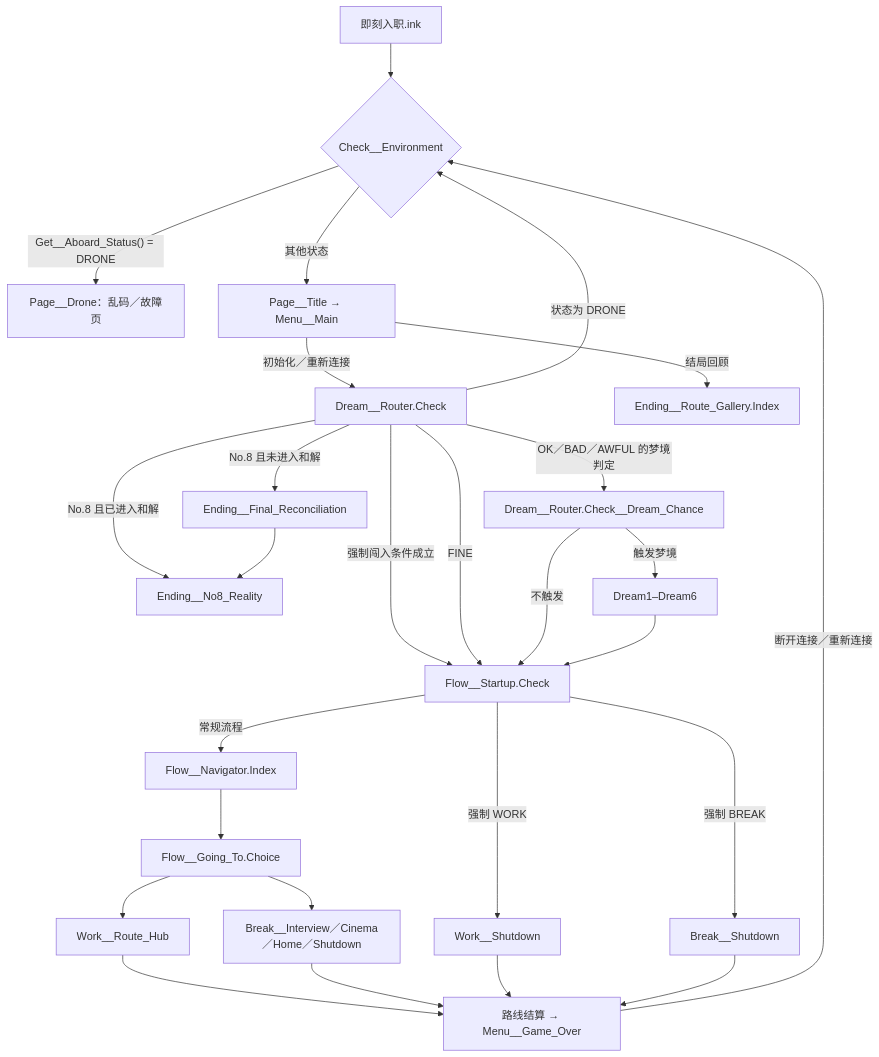
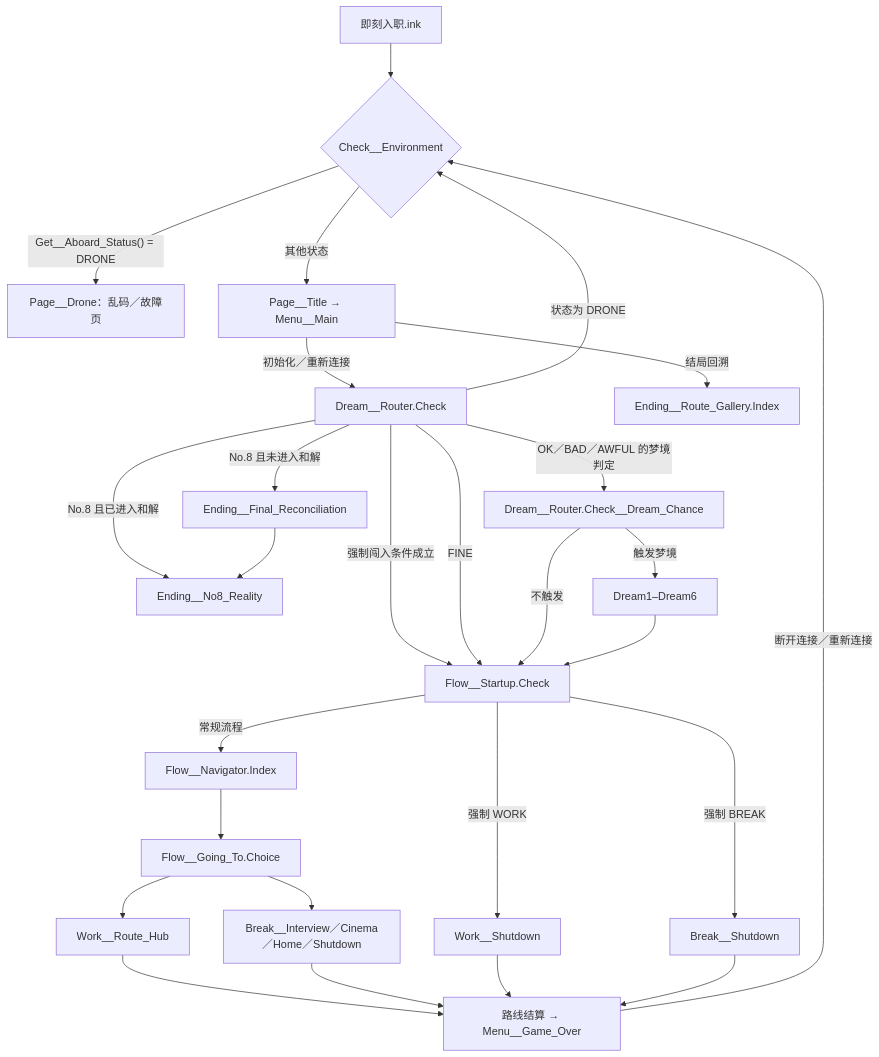
The diagram in Ink Projects/即刻入职/__Docs/STORY_FLOW.md (Project-Kurokawa-Logistics/kurokawa-logistics), drawn with Mermaid before and after one commit. The commit also changed other lines of this file and 6 other files, not shown here.

````diff
--- a/Ink Projects/即刻入职/__Docs/STORY_FLOW.md
+++ b/Ink Projects/即刻入职/__Docs/STORY_FLOW.md
@@ -9,29 +8,29 @@
 ```mermaid
 flowchart TD
     Entry["即刻入职.ink"] --> Env{"Check__Environment"}
     Env -->|"Get__Aboard_Status() = DRONE"| Drone["Page__Drone：乱码／故障页"]
     Env -->|"其他状态"| Title["Page__Title → Menu__Main"]
     Title -->|"初始化／重新连接"| Router["Dream__Router.Check"]
-    Title -->|"结局回顾"| Gallery["Ending__Route_Gallery.Index"]
+    Title -->|"结局回溯"| Gallery["Ending__Route_Gallery.Index"]
     Router -->|"状态为 DRONE"| Env
     Router -->|"No.8 且未进入和解"| White["Ending__Final_Reconciliation"]
     Router -->|"No.8 且已进入和解"| Reality["Ending__No8_Reality"]
     Router -->|"强制闯入条件成立"| Startup["Flow__Startup.Check"]
     Router -->|"FINE"| Startup
     Router -->|"OK／BAD／AWFUL 的梦境判定"| Chance["Dream__Router.Check__Dream_Chance"]
     Chance -->|"触发梦境"| Dreams["Dream1–Dream6"]
     Chance -->|"不触发"| Startup
     Dreams --> Startup
     Startup -->|"强制 WORK"| WorkShutdown["Work__Shutdown"]
     Startup -->|"强制 BREAK"| BreakShutdown["Break__Shutdown"]
     Startup -->|"常规流程"| Nav["Flow__Navigator.Index"]
     Nav --> Going["Flow__Going_To.Choice"]
     Going --> Work["Work__Route_Hub"]
     Going --> Break["Break__Interview／Cinema／Home／Shutdown"]
     Work --> End["路线结算 → Menu__Game_Over"]
     Break --> End
     WorkShutdown --> End
     BreakShutdown --> End
     End -->|"断开连接／重新连接"| Env
     White --> Reality
 ```
````
